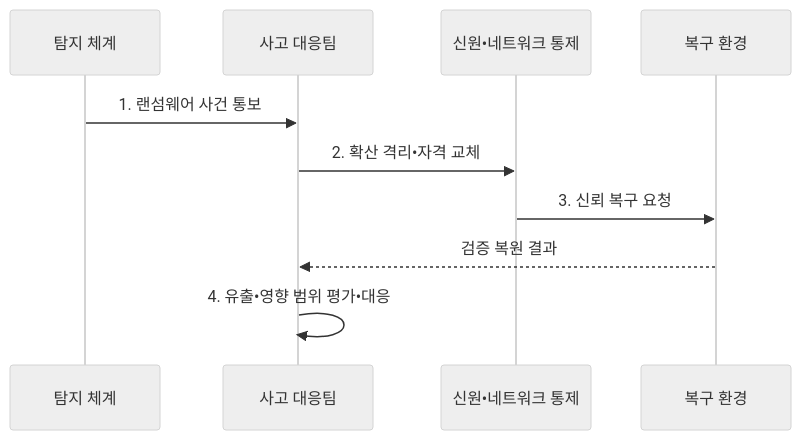
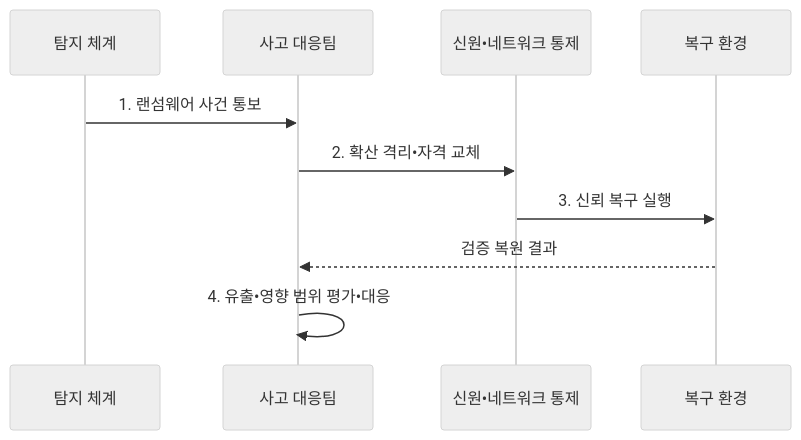
Before and after one commit to agnusdei1207/knowledge-base: the second of 2 diagrams in src/content/docs/notes/05-security/026_ransomware.md, drawn with Mermaid (neutral theme). The commit also changed other lines of this file and 13 other files, not shown here.

````diff
--- a/src/content/docs/notes/05-security/026_ransomware.md
+++ b/src/content/docs/notes/05-security/026_ransomware.md
@@ -105,12 +105,12 @@
 ```mermaid
 sequenceDiagram
     participant D as 탐지 체계
     participant I as 사고 대응팀
     participant N as 신원•네트워크 통제
     participant R as 복구 환경
     D->>I: 1. 랜섬웨어 사건 통보
     I->>N: 2. 확산 격리•자격 교체
-    N->>R: 3. 신뢰 복구 요청
+    N->>R: 3. 신뢰 복구 실행
     R-->>I: 검증 복원 결과
     I->>I: 4. 유출•영향 범위 평가•대응
 ```
````
